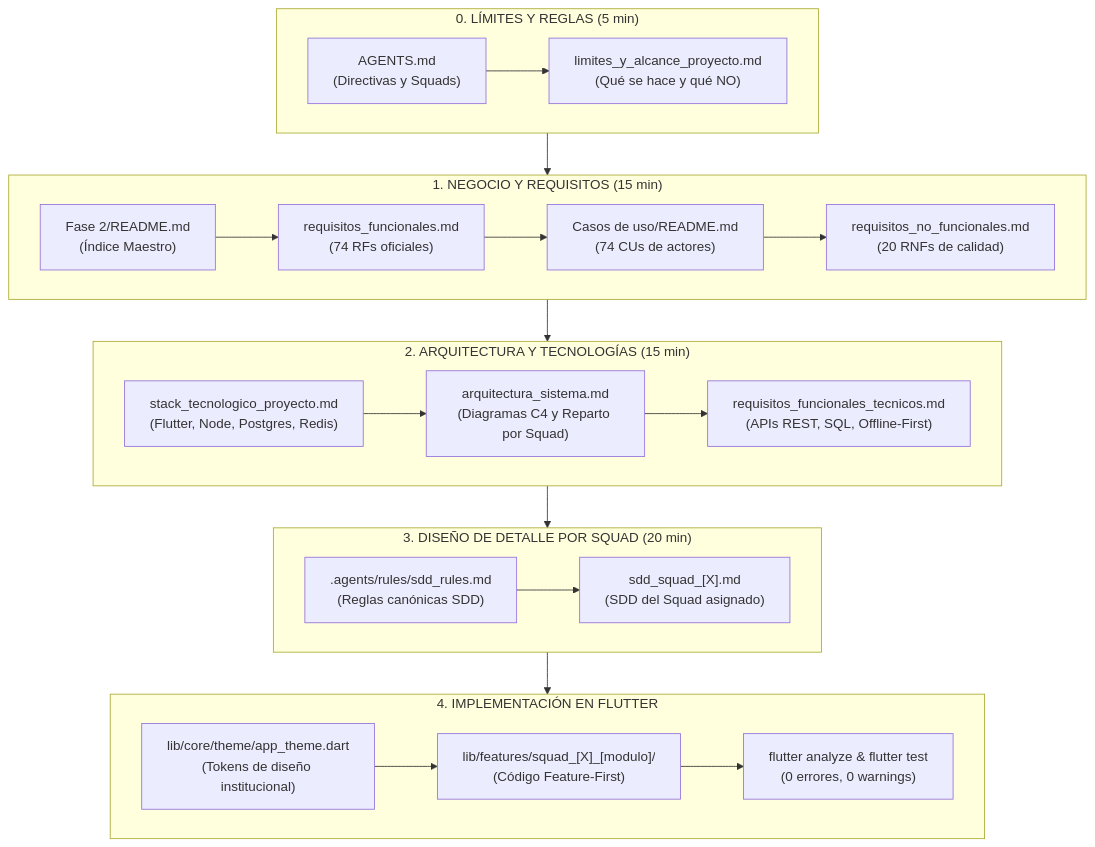
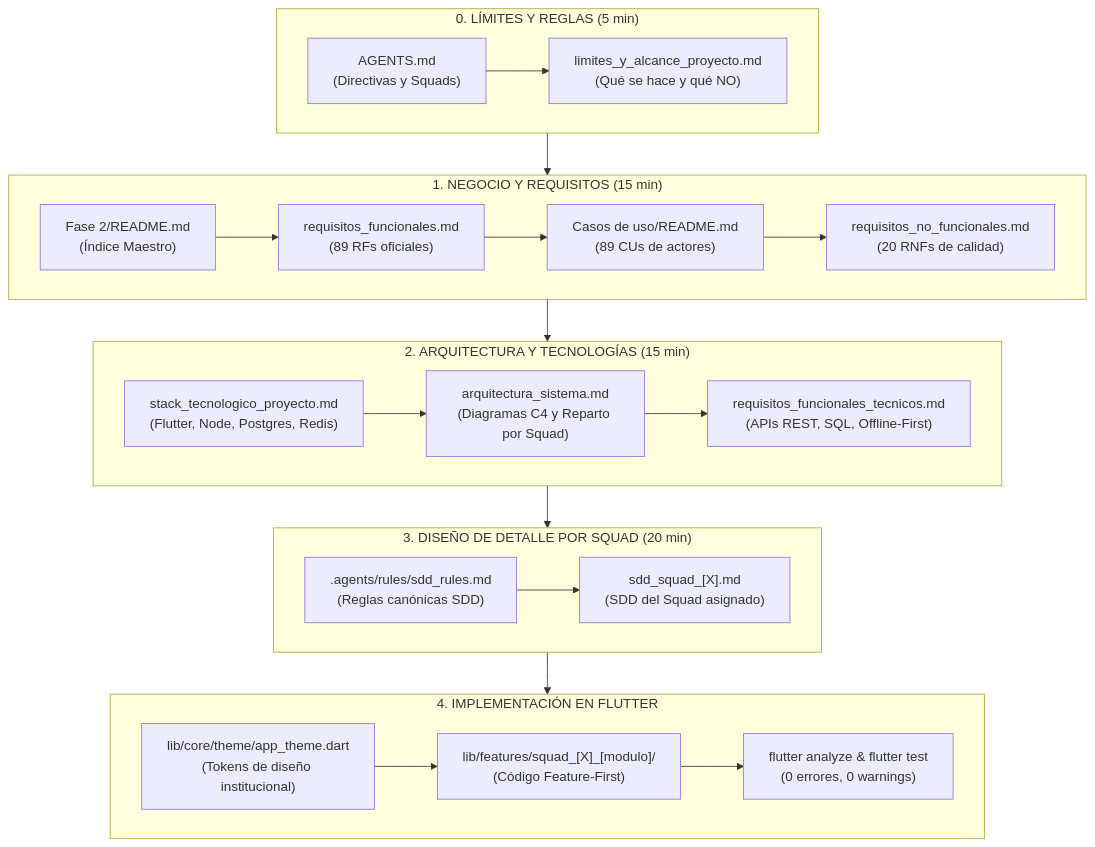
One commit to Eduardo-Sebastian-Paipay-Vega/school-management-system changed the diagram in .agents/skills/guia-lectura-proyecto/SKILL.md. Above: the diagram before and after it, drawn with Mermaid. The commit also changed other lines of this file and 126 other files, not shown here.

````diff
--- a/.agents/skills/guia-lectura-proyecto/SKILL.md
+++ b/.agents/skills/guia-lectura-proyecto/SKILL.md
@@ -29,31 +29,31 @@
 ```mermaid
 flowchart TD
     subgraph PASO_0 ["0. LÍMITES Y REGLAS (5 min)"]
         A1["AGENTS.md<br>(Directivas y Squads)"] --> A2["limites_y_alcance_proyecto.md<br>(Qué se hace y qué NO)"]
     end
 
     subgraph PASO_1 ["1. NEGOCIO Y REQUISITOS (15 min)"]
-        B1["Fase 2/README.md<br>(Índice Maestro)"] --> B2["requisitos_funcionales.md<br>(74 RFs oficiales)"]
-        B2 --> B3["Casos de uso/README.md<br>(74 CUs de actores)"]
+        B1["Fase 2/README.md<br>(Índice Maestro)"] --> B2["requisitos_funcionales.md<br>(89 RFs oficiales)"]
+        B2 --> B3["Casos de uso/README.md<br>(89 CUs de actores)"]
         B3 --> B4["requisitos_no_funcionales.md<br>(20 RNFs de calidad)"]
     end
 
     subgraph PASO_2 ["2. ARQUITECTURA Y TECNOLOGÍAS (15 min)"]
         C1["stack_tecnologico_proyecto.md<br>(Flutter, Node, Postgres, Redis)"] --> C2["arquitectura_sistema.md<br>(Diagramas C4 y Reparto por Squad)"]
         C2 --> C3["requisitos_funcionales_tecnicos.md<br>(APIs REST, SQL, Offline-First)"]
     end
 
     subgraph PASO_3 ["3. DISEÑO DE DETALLE POR SQUAD (20 min)"]
         D1[".agents/rules/sdd_rules.md<br>(Reglas canónicas SDD)"] --> D2["sdd_squad_[X].md<br>(SDD del Squad asignado)"]
     end
 
     subgraph PASO_4 ["4. IMPLEMENTACIÓN EN FLUTTER"]
         E1["lib/core/theme/app_theme.dart<br>(Tokens de diseño institucional)"] --> E2["lib/features/squad_[X]_[modulo]/<br>(Código Feature-First)"]
         E2 --> E3["flutter analyze & flutter test<br>(0 errores, 0 warnings)"]
     end
 
     PASO_0 --> PASO_1
     PASO_1 --> PASO_2
     PASO_2 --> PASO_3
     PASO_3 --> PASO_4
 ```
````
